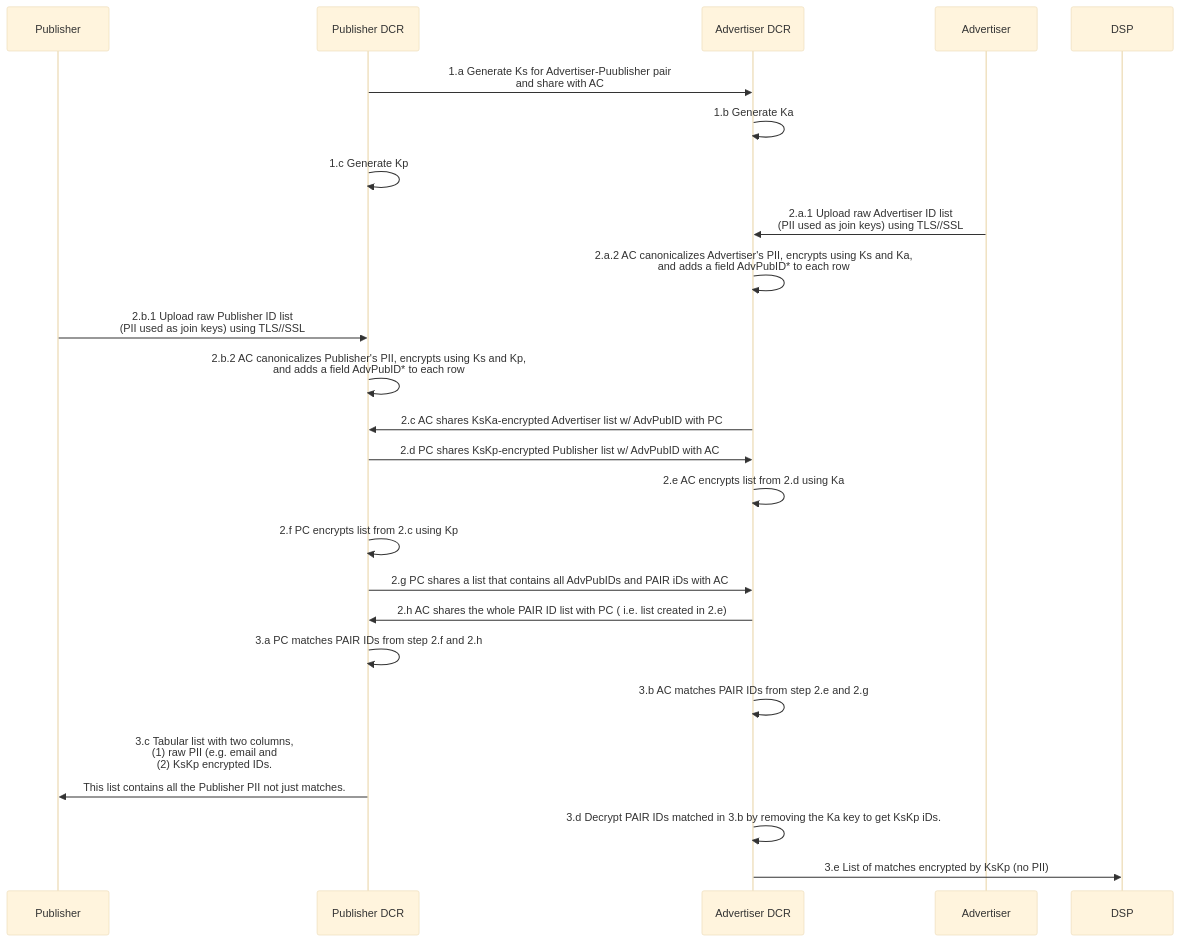
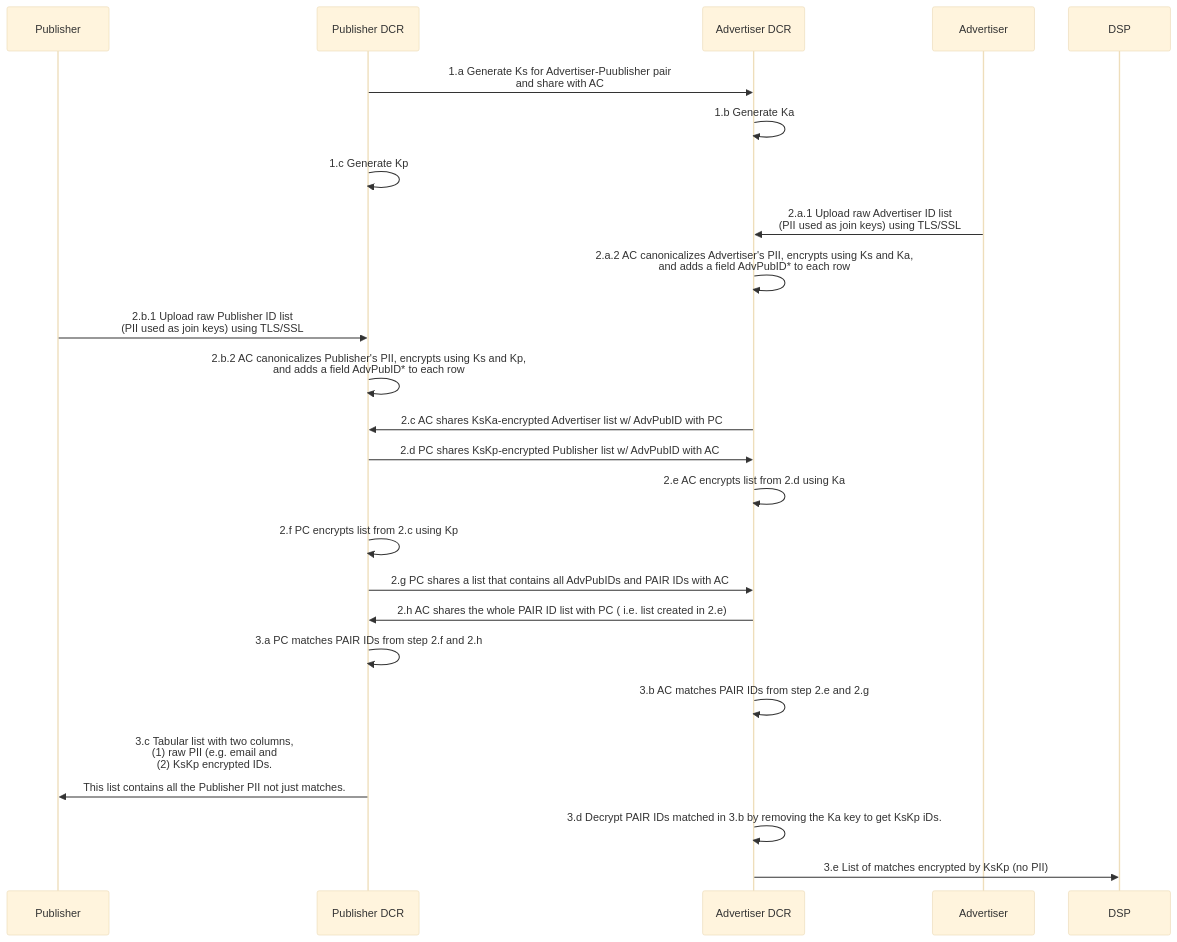
Before and after one commit to pm-harshad-mane/Diagrams: the diagram in PAIR/Two_DCRs.md, drawn with Mermaid.

````diff
--- a/PAIR/Two_DCRs.md
+++ b/PAIR/Two_DCRs.md
@@ -1,34 +1,34 @@
 ```mermaid
 %%{init: {'theme': 'base', 'themeVariables': { 'participantBkgColor': '#f0f0f0', 'participantBorderColor': '#000000' }}}%%
 sequenceDiagram
 
 participant Pub as Publisher
 participant PC as Publisher DCR
 participant AC as Advertiser DCR
 participant Adv as Advertiser
 participant DSP
 
 PC->>AC: 1.a Generate Ks for Advertiser-Puublisher pair <br/>and share with AC
 AC->>AC: 1.b Generate Ka
 PC->>PC: 1.c Generate Kp
 
-Adv->>AC: 2.a.1 Upload raw Advertiser ID list <br/>(PII used as join keys) using TLS//SSL
+Adv->>AC: 2.a.1 Upload raw Advertiser ID list <br/>(PII used as join keys) using TLS/SSL
 AC->>AC: 2.a.2 AC canonicalizes Advertiser's PII, encrypts using Ks and Ka,<br/> and adds a field AdvPubID* to each row
 
-Pub->>PC: 2.b.1 Upload raw Publisher ID list <br/>(PII used as join keys) using TLS//SSL
+Pub->>PC: 2.b.1 Upload raw Publisher ID list <br/>(PII used as join keys) using TLS/SSL
 PC->>PC: 2.b.2 AC canonicalizes Publisher's PII, encrypts using Ks and Kp,<br/> and adds a field AdvPubID* to each row
 
 AC->>PC: 2.c AC shares KsKa-encrypted Advertiser list w/ AdvPubID with PC
 PC->>AC: 2.d PC shares KsKp-encrypted Publisher list w/ AdvPubID with AC
 AC->>AC: 2.e AC encrypts list from 2.d using Ka
 PC->>PC: 2.f PC encrypts list from 2.c using Kp
-PC->>AC: 2.g PC shares a list that contains all AdvPubIDs and PAIR iDs with AC
+PC->>AC: 2.g PC shares a list that contains all AdvPubIDs and PAIR IDs with AC
 AC->>PC: 2.h AC shares the whole PAIR ID list with PC ( i.e. list created in 2.e)
 
 PC->>PC: 3.a PC matches PAIR IDs from step 2.f and 2.h
 AC->>AC: 3.b AC matches PAIR IDs from step 2.e and 2.g
 PC->>Pub: 3.c Tabular list with two columns, <br/>(1) raw PII (e.g. email and <br/>(2) KsKp encrypted IDs. <br/><br/>This list contains all the Publisher PII not just matches.
 AC->>AC: 3.d Decrypt PAIR IDs matched in 3.b by removing the Ka key to get KsKp iDs.
 AC->>DSP: 3.e List of matches encrypted by KsKp (no PII)
 
 ```
````
